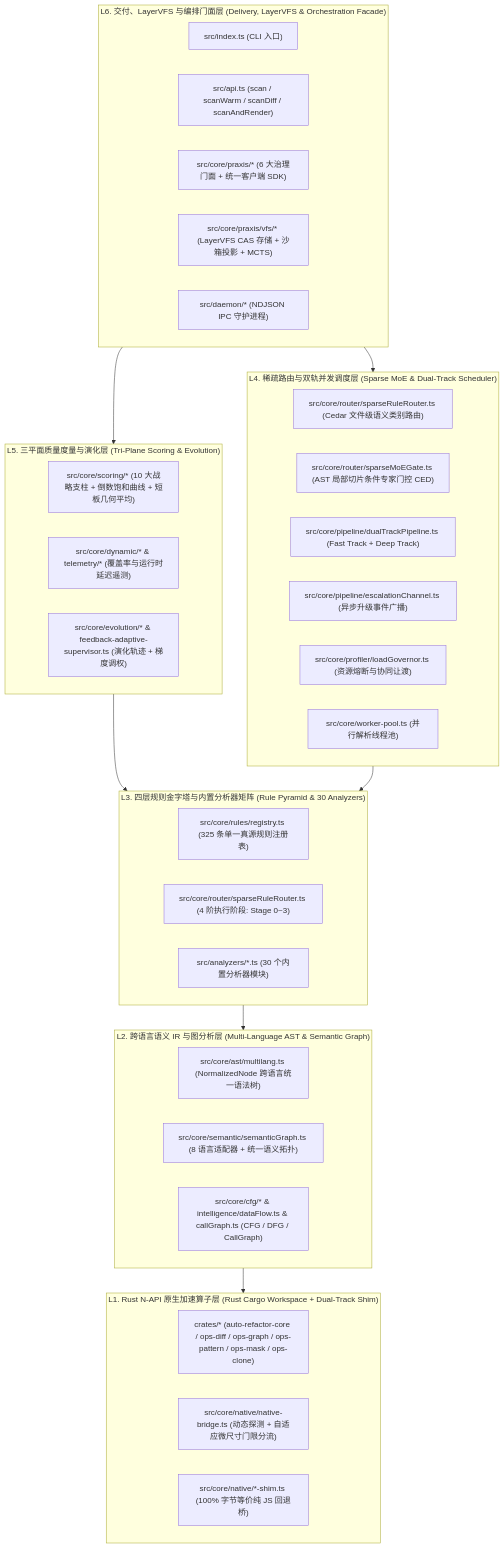
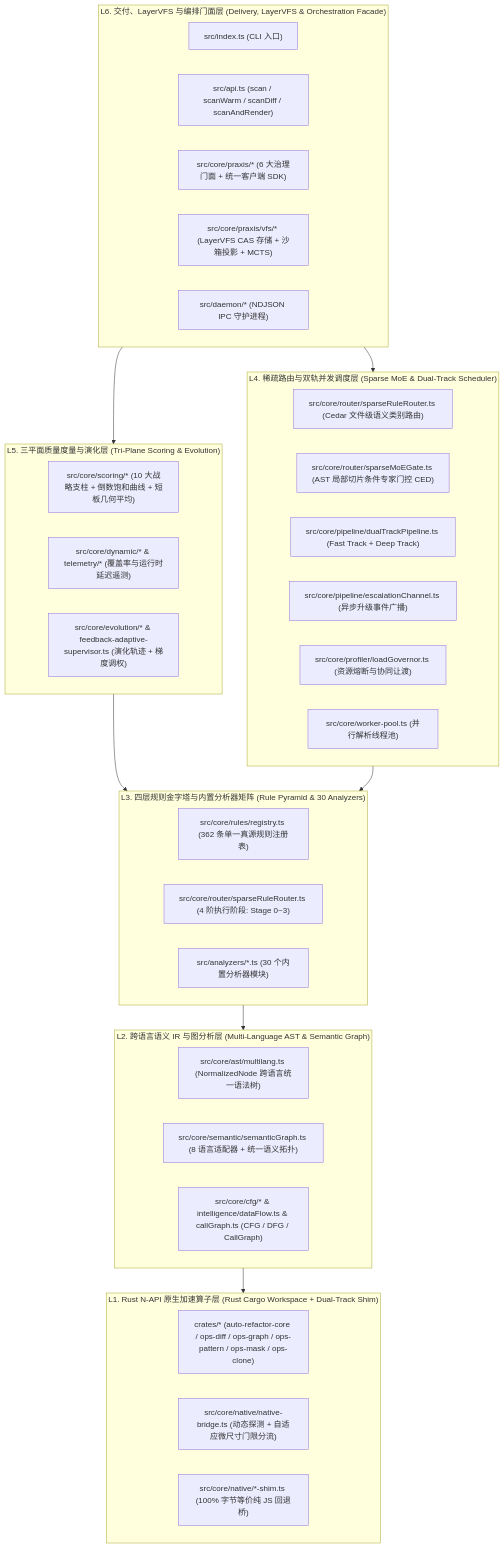
Before and after one commit to guilingzhouyi-creator/vscode-extensions: the first of 2 diagrams in auto-refactor/docs/01-architecture/01-system-overview.md, drawn with Mermaid. The commit also changed other lines of this file and 14 other files, not shown here.

````diff
--- a/auto-refactor/docs/01-architecture/01-system-overview.md
+++ b/auto-refactor/docs/01-architecture/01-system-overview.md
@@ -12,50 +12,50 @@
 ```mermaid
 flowchart TD
   subgraph L6["L6. 交付、LayerVFS 与编排门面层 (Delivery, LayerVFS & Orchestration Facade)"]
     CLI["src/index.ts (CLI 入口)"]
     API["src/api.ts (scan / scanWarm / scanDiff / scanAndRender)"]
     PRAXIS["src/core/praxis/* (6 大治理门面 + 统一客户端 SDK)"]
     VFS["src/core/praxis/vfs/* (LayerVFS CAS 存储 + 沙箱投影 + MCTS)"]
     DAEMON["src/daemon/* (NDJSON IPC 守护进程)"]
   end
 
   subgraph L5["L5. 三平面质量度量与演化层 (Tri-Plane Scoring & Evolution)"]
     STATIC["src/core/scoring/* (10 大战略支柱 + 倒数饱和曲线 + 短板几何平均)"]
     DYNAMIC["src/core/dynamic/* & telemetry/* (覆盖率与运行时延迟遥测)"]
     EVOL["src/core/evolution/* & feedback-adaptive-supervisor.ts (演化轨迹 + 梯度调权)"]
   end
 
   subgraph L4["L4. 稀疏路由与双轨并发调度层 (Sparse MoE & Dual-Track Scheduler)"]
     ROUTER["src/core/router/sparseRuleRouter.ts (Cedar 文件级语义类别路由)"]
     MOE["src/core/router/sparseMoEGate.ts (AST 局部切片条件专家门控 CED)"]
     DUAL["src/core/pipeline/dualTrackPipeline.ts (Fast Track + Deep Track)"]
     ESCALATE["src/core/pipeline/escalationChannel.ts (异步升级事件广播)"]
     GOVERNOR["src/core/profiler/loadGovernor.ts (资源熔断与协同让渡)"]
     POOL["src/core/worker-pool.ts (并行解析线程池)"]
   end
 
   subgraph L3["L3. 四层规则金字塔与内置分析器矩阵 (Rule Pyramid & 30 Analyzers)"]
-    REG["src/core/rules/registry.ts (325 条单一真源规则注册表)"]
+    REG["src/core/rules/registry.ts (362 条单一真源规则注册表)"]
     STAGES["src/core/router/sparseRuleRouter.ts (4 阶执行阶段: Stage 0~3)"]
     ANALYZERS["src/analyzers/*.ts (30 个内置分析器模块)"]
   end
 
   subgraph L2["L2. 跨语言语义 IR 与图分析层 (Multi-Language AST & Semantic Graph)"]
     AST["src/core/ast/multilang.ts (NormalizedNode 跨语言统一语法树)"]
     GRAPH["src/core/semantic/semanticGraph.ts (8 语言适配器 + 统一语义拓扑)"]
     FLOW["src/core/cfg/* & intelligence/dataFlow.ts & callGraph.ts (CFG / DFG / CallGraph)"]
   end
 
   subgraph L1["L1. Rust N-API 原生加速算子层 (Rust Cargo Workspace + Dual-Track Shim)"]
     CRATES["crates/* (auto-refactor-core / ops-diff / ops-graph / ops-pattern / ops-mask / ops-clone)"]
     BRIDGE["src/core/native/native-bridge.ts (动态探测 + 自适应微尺寸门限分流)"]
     SHIM["src/core/native/*-shim.ts (100% 字节等价纯 JS 回退桥)"]
   end
 
   L6 --> L5
   L6 --> L4
   L5 --> L3
   L4 --> L3
   L3 --> L2
   L2 --> L1
 ```
````
